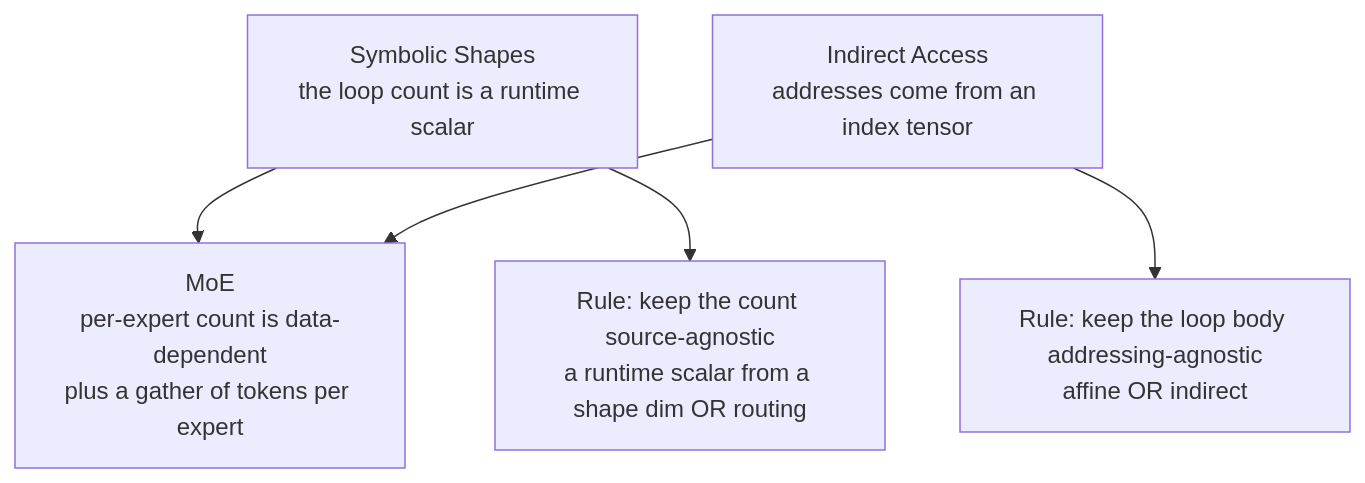
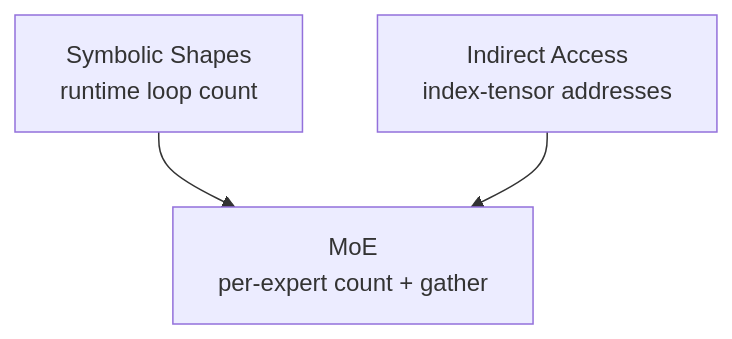
The seventh of 8 diagrams in docs/source/architecture/Symbolic_Shapes_HLD.md (Vivek1258/torch-spyre), drawn with Mermaid before and after one commit. The commit also changed other lines of this file, not shown here.

````diff
--- a/docs/source/architecture/Symbolic_Shapes_HLD.md
+++ b/docs/source/architecture/Symbolic_Shapes_HLD.md
@@ -230,10 +378,8 @@
 ```mermaid
 flowchart TB
-  ss["Symbolic Shapes<br/>the loop count is a runtime scalar"]
-  ia["Indirect Access<br/>addresses come from an index tensor"]
-  moe["MoE<br/>per-expert count is data-dependent<br/>plus a gather of tokens per expert"]
+  ss["Symbolic Shapes<br/>runtime loop count"]
+  ia["Indirect Access<br/>index-tensor addresses"]
+  moe["MoE<br/>per-expert count + gather"]
   ss --> moe
   ia --> moe
-  ss --> r1["Rule: keep the count source-agnostic<br/>a runtime scalar from a shape dim OR routing"]
-  ia --> r2["Rule: keep the loop body addressing-agnostic<br/>affine OR indirect"]
 ```
````
